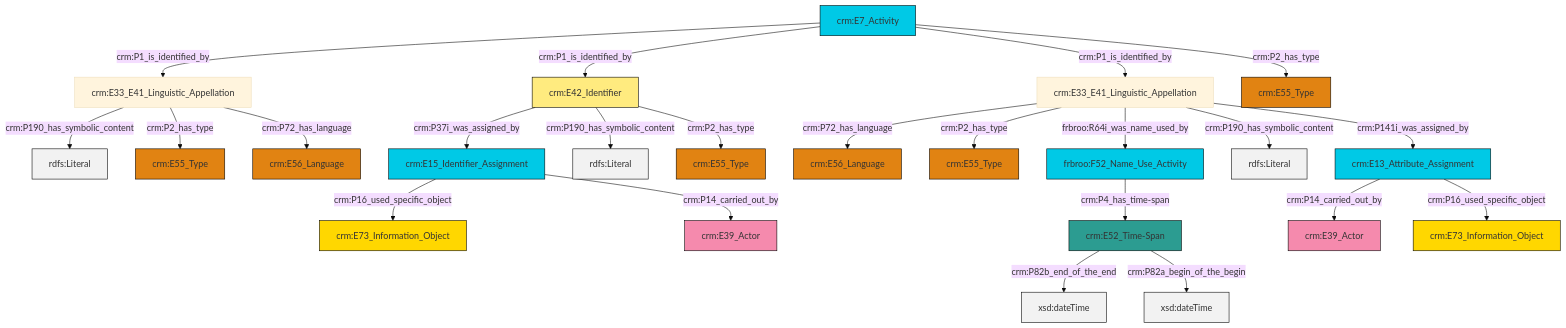
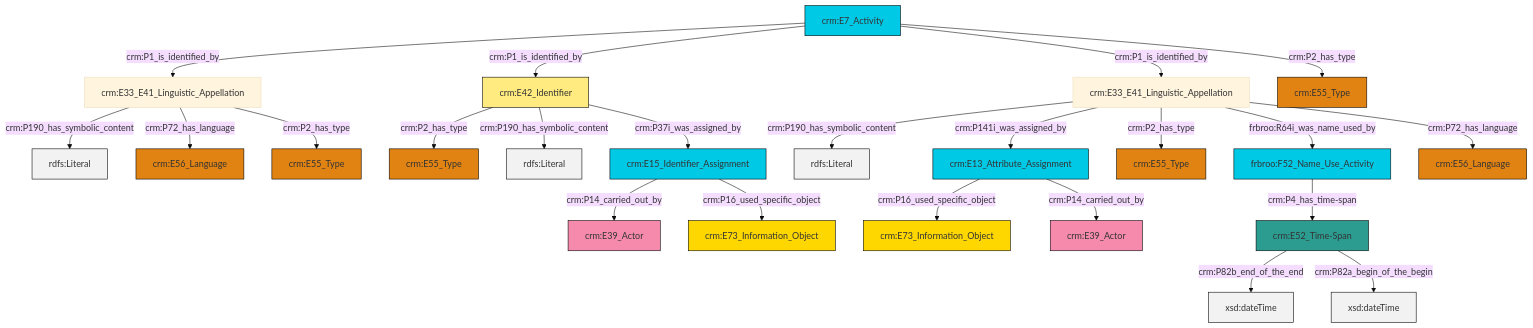
Before and after one commit to swiss-art-research-net/reference-data-models: the diagram in et/eventCSV/ttl/mmd/event_name.ttl.mmd, drawn with Mermaid (base theme). The commit also changed 152 other files, not shown here.

```diff
--- a/et/eventCSV/ttl/mmd/event_name.ttl.mmd
+++ b/et/eventCSV/ttl/mmd/event_name.ttl.mmd
@@ -1,37 +1,37 @@
 graph TD
 classDef Literal fill:#f2f2f2,stroke:#000000;
 classDef CRM_Entity fill:#FFFFFF,stroke:#000000;
 classDef Temporal_Entity fill:#00C9E6, stroke:#000000;
 classDef Type fill:#E18312, stroke:#000000;
 classDef Time-Span fill:#2C9C91, stroke:#000000;
 classDef Appellation fill:#FFEB7F, stroke:#000000;
 classDef Place fill:#008836, stroke:#000000;
 classDef Persistent_Item fill:#B266B2, stroke:#000000;
 classDef Conceptual_Object fill:#FFD700, stroke:#000000;
 classDef Physical_Thing fill:#D2B48C, stroke:#000000;
 classDef Actor fill:#f58aad, stroke:#000000;
 classDef PC_Classes fill:#4ce600, stroke:#000000;
 classDef Multi fill:#cccccc,stroke:#000000;
 
-0["crm:E33_E41_Linguistic_Appellation"]:::Default -->|crm:P72_has_language| 1["crm:E56_Language"]:::Type
-4["crm:E33_E41_Linguistic_Appellation"]:::Default -->|crm:P190_has_symbolic_content| 5[rdfs:Literal]:::Literal
-0["crm:E33_E41_Linguistic_Appellation"]:::Default -->|crm:P2_has_type| 6["crm:E55_Type"]:::Type
-10["crm:E42_Identifier"]:::Appellation -->|crm:P37i_was_assigned_by| 11["crm:E15_Identifier_Assignment"]:::Temporal_Entity
-4["crm:E33_E41_Linguistic_Appellation"]:::Default -->|crm:P2_has_type| 13["crm:E55_Type"]:::Type
-2["crm:E7_Activity"]:::Temporal_Entity -->|crm:P1_is_identified_by| 4["crm:E33_E41_Linguistic_Appellation"]:::Default
-0["crm:E33_E41_Linguistic_Appellation"]:::Default -->|frbroo:R64i_was_name_used_by| 14["frbroo:F52_Name_Use_Activity"]:::Temporal_Entity
-14["frbroo:F52_Name_Use_Activity"]:::Temporal_Entity -->|crm:P4_has_time-span| 24["crm:E52_Time-Span"]:::Time-Span
-11["crm:E15_Identifier_Assignment"]:::Temporal_Entity -->|crm:P16_used_specific_object| 27["crm:E73_Information_Object"]:::Conceptual_Object
-24["crm:E52_Time-Span"]:::Time-Span -->|crm:P82b_end_of_the_end| 30[xsd:dateTime]:::Literal
-18["crm:E13_Attribute_Assignment"]:::Temporal_Entity -->|crm:P14_carried_out_by| 20["crm:E39_Actor"]:::Actor
-24["crm:E52_Time-Span"]:::Time-Span -->|crm:P82a_begin_of_the_begin| 31[xsd:dateTime]:::Literal
-2["crm:E7_Activity"]:::Temporal_Entity -->|crm:P1_is_identified_by| 10["crm:E42_Identifier"]:::Appellation
-11["crm:E15_Identifier_Assignment"]:::Temporal_Entity -->|crm:P14_carried_out_by| 8["crm:E39_Actor"]:::Actor
-4["crm:E33_E41_Linguistic_Appellation"]:::Default -->|crm:P72_has_language| 28["crm:E56_Language"]:::Type
-2["crm:E7_Activity"]:::Temporal_Entity -->|crm:P1_is_identified_by| 0["crm:E33_E41_Linguistic_Appellation"]:::Default
-0["crm:E33_E41_Linguistic_Appellation"]:::Default -->|crm:P190_has_symbolic_content| 34[rdfs:Literal]:::Literal
-18["crm:E13_Attribute_Assignment"]:::Temporal_Entity -->|crm:P16_used_specific_object| 16["crm:E73_Information_Object"]:::Conceptual_Object
-0["crm:E33_E41_Linguistic_Appellation"]:::Default -->|crm:P141i_was_assigned_by| 18["crm:E13_Attribute_Assignment"]:::Temporal_Entity
-2["crm:E7_Activity"]:::Temporal_Entity -->|crm:P2_has_type| 38["crm:E55_Type"]:::Type
-10["crm:E42_Identifier"]:::Appellation -->|crm:P190_has_symbolic_content| 39[rdfs:Literal]:::Literal
-10["crm:E42_Identifier"]:::Appellation -->|crm:P2_has_type| 22["crm:E55_Type"]:::Type
+2["frbroo:F52_Name_Use_Activity"]:::Temporal_Entity -->|crm:P4_has_time-span| 3["crm:E52_Time-Span"]:::Time-Span
+6["crm:E33_E41_Linguistic_Appellation"]:::Default -->|crm:P190_has_symbolic_content| 7[rdfs:Literal]:::Literal
+10["crm:E33_E41_Linguistic_Appellation"]:::Default -->|crm:P190_has_symbolic_content| 11[rdfs:Literal]:::Literal
+10["crm:E33_E41_Linguistic_Appellation"]:::Default -->|crm:P141i_was_assigned_by| 12["crm:E13_Attribute_Assignment"]:::Temporal_Entity
+14["crm:E42_Identifier"]:::Appellation -->|crm:P2_has_type| 15["crm:E55_Type"]:::Type
+16["crm:E15_Identifier_Assignment"]:::Temporal_Entity -->|crm:P14_carried_out_by| 17["crm:E39_Actor"]:::Actor
+3["crm:E52_Time-Span"]:::Time-Span -->|crm:P82b_end_of_the_end| 18[xsd:dateTime]:::Literal
+20["crm:E7_Activity"]:::Temporal_Entity -->|crm:P1_is_identified_by| 6["crm:E33_E41_Linguistic_Appellation"]:::Default
+10["crm:E33_E41_Linguistic_Appellation"]:::Default -->|crm:P2_has_type| 4["crm:E55_Type"]:::Type
+16["crm:E15_Identifier_Assignment"]:::Temporal_Entity -->|crm:P16_used_specific_object| 22["crm:E73_Information_Object"]:::Conceptual_Object
+20["crm:E7_Activity"]:::Temporal_Entity -->|crm:P1_is_identified_by| 14["crm:E42_Identifier"]:::Appellation
+12["crm:E13_Attribute_Assignment"]:::Temporal_Entity -->|crm:P16_used_specific_object| 31["crm:E73_Information_Object"]:::Conceptual_Object
+10["crm:E33_E41_Linguistic_Appellation"]:::Default -->|frbroo:R64i_was_name_used_by| 2["frbroo:F52_Name_Use_Activity"]:::Temporal_Entity
+10["crm:E33_E41_Linguistic_Appellation"]:::Default -->|crm:P72_has_language| 8["crm:E56_Language"]:::Type
+14["crm:E42_Identifier"]:::Appellation -->|crm:P190_has_symbolic_content| 35[rdfs:Literal]:::Literal
+6["crm:E33_E41_Linguistic_Appellation"]:::Default -->|crm:P72_has_language| 27["crm:E56_Language"]:::Type
+20["crm:E7_Activity"]:::Temporal_Entity -->|crm:P1_is_identified_by| 10["crm:E33_E41_Linguistic_Appellation"]:::Default
+3["crm:E52_Time-Span"]:::Time-Span -->|crm:P82a_begin_of_the_begin| 39[xsd:dateTime]:::Literal
+20["crm:E7_Activity"]:::Temporal_Entity -->|crm:P2_has_type| 32["crm:E55_Type"]:::Type
+6["crm:E33_E41_Linguistic_Appellation"]:::Default -->|crm:P2_has_type| 29["crm:E55_Type"]:::Type
+12["crm:E13_Attribute_Assignment"]:::Temporal_Entity -->|crm:P14_carried_out_by| 0["crm:E39_Actor"]:::Actor
+14["crm:E42_Identifier"]:::Appellation -->|crm:P37i_was_assigned_by| 16["crm:E15_Identifier_Assignment"]:::Temporal_Entity
```
